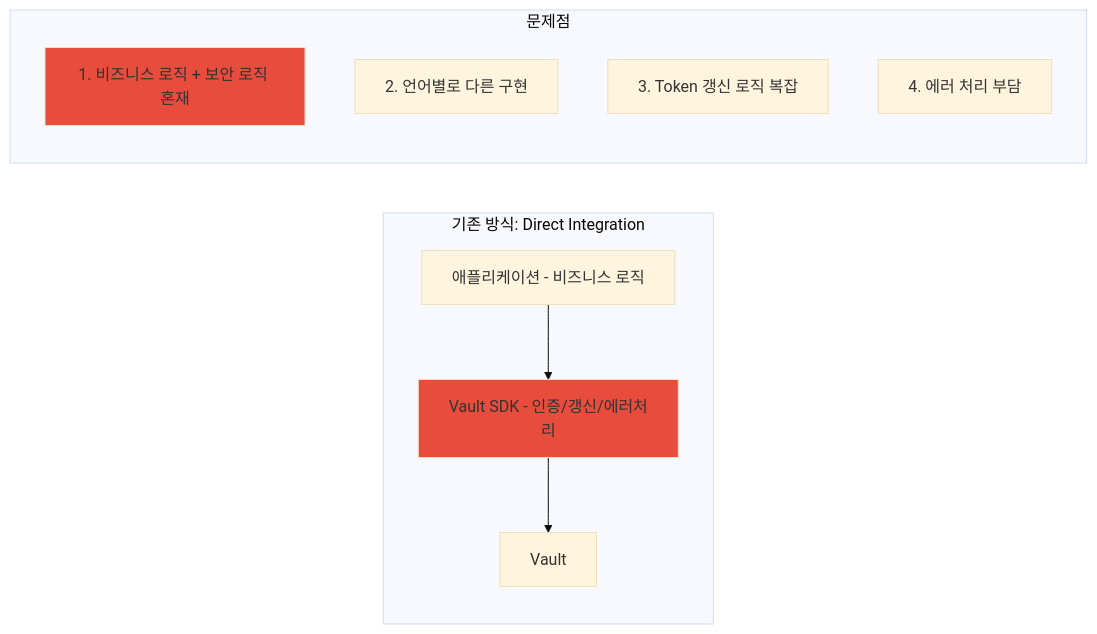
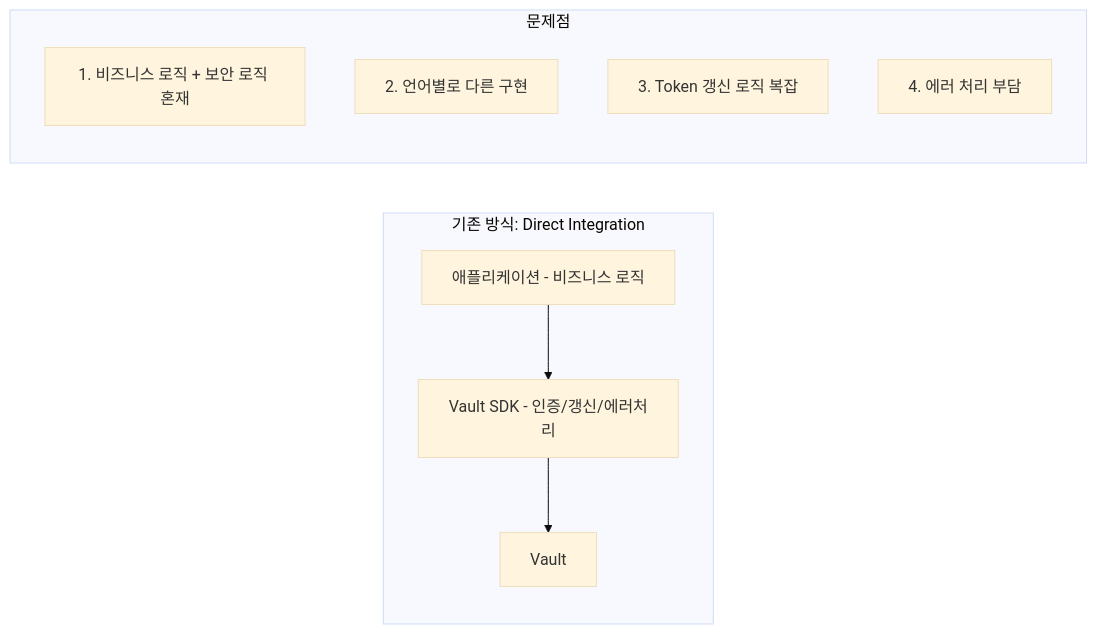
One commit to juwon8891/juwon8891.github.io changed the fifth of 12 diagrams in docs/cicd/week7-vault-secrets.md. Above: the diagram before and after it, drawn with Mermaid (base theme). The commit also changed other lines of this file and 18 other files, not shown here.

Commit message:
Remove bright colors from Mermaid diagrams for dark mode compatibility

````diff
--- a/docs/cicd/week7-vault-secrets.md
+++ b/docs/cicd/week7-vault-secrets.md
@@ -479,21 +468,19 @@
 ```mermaid
 graph LR
     subgraph "기존 방식: Direct Integration"
         APP[애플리케이션 - 비즈니스 로직]
         SDK[Vault SDK - 인증/갱신/에러처리]
         V[Vault]
 
         APP --> SDK
         SDK --> V
     end
 
     subgraph "문제점"
         P1[1. 비즈니스 로직 + 보안 로직 혼재]
         P2[2. 언어별로 다른 구현]
         P3[3. Token 갱신 로직 복잡]
         P4[4. 에러 처리 부담]
     end
 
-    style SDK fill:#e74c3c
-    style P1 fill:#e74c3c
 ```
````
